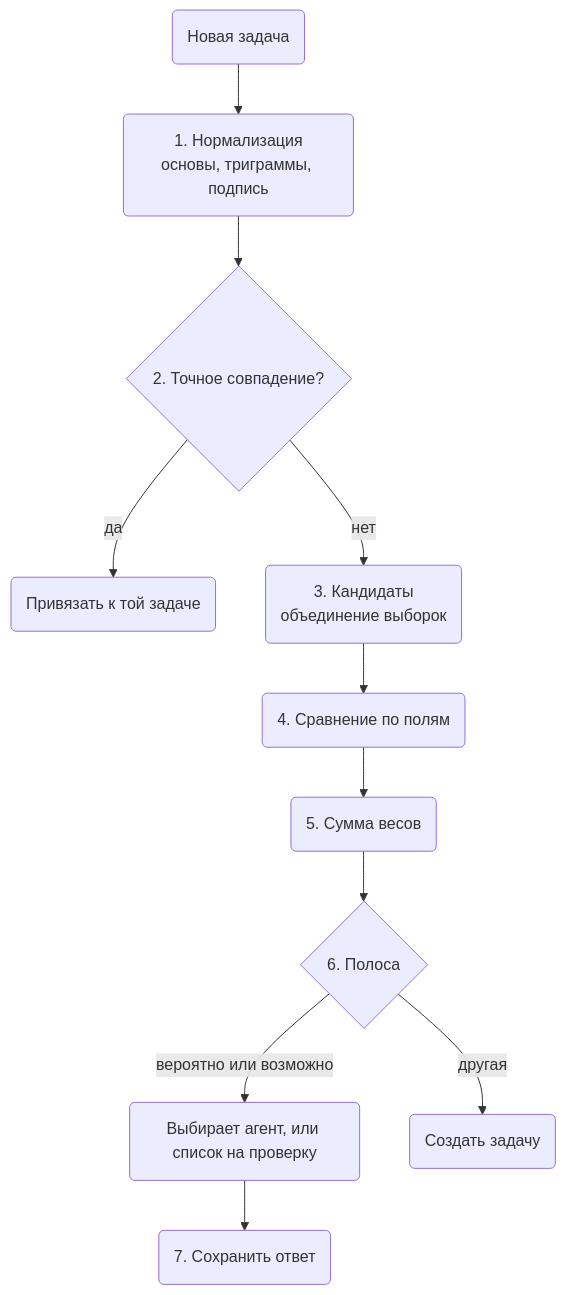
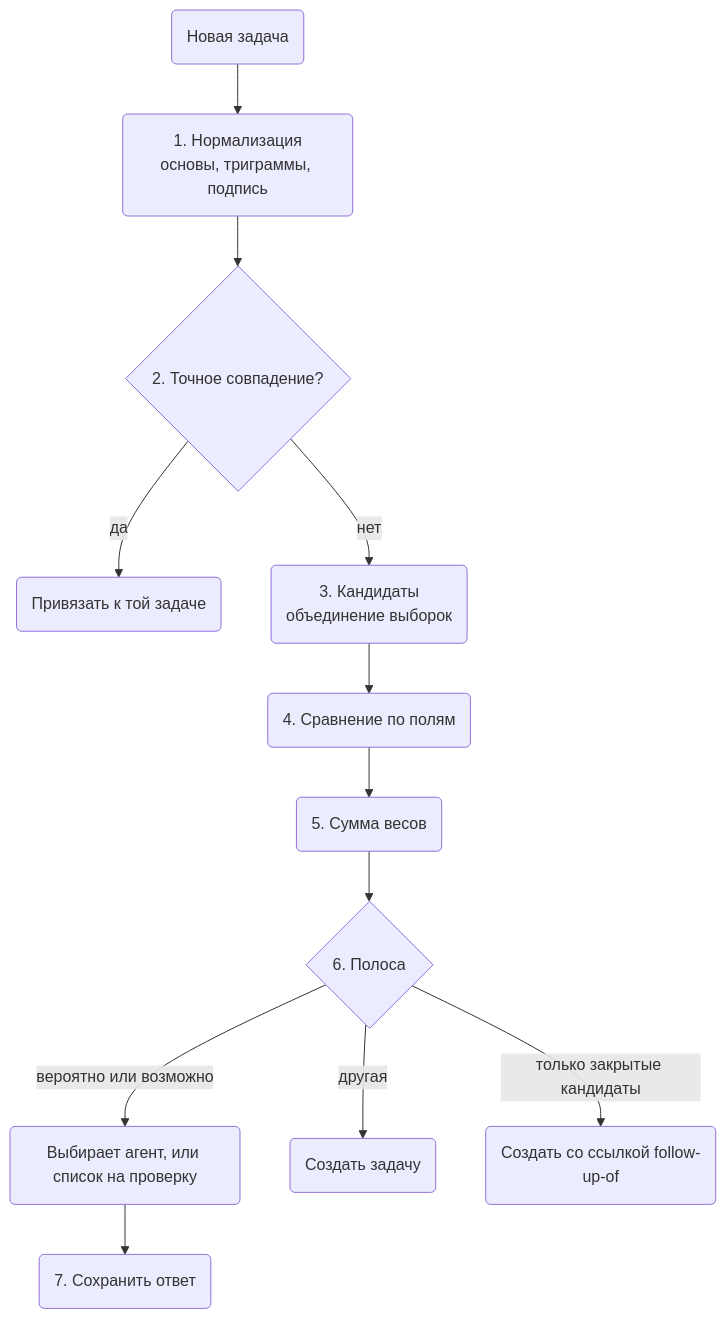
The diagram in content/docs/tasks-architecture.ru.mdx (WireCatLabs/cli-docs), drawn with Mermaid before and after one commit. The commit also changed other lines of this file and 17 other files, not shown here.

````diff
--- a/content/docs/tasks-architecture.ru.mdx
+++ b/content/docs/tasks-architecture.ru.mdx
@@ -136,13 +246,14 @@
 ```mermaid Как новая задача проверяется на дубликаты
 graph TD
   New("Новая задача") --> Norm("1. Нормализация<br>основы, триграммы, подпись")
   Norm --> Certain{"2. Точное совпадение?"}
   Certain -->|"да"| Attach("Привязать к той задаче")
   Certain -->|"нет"| Cand("3. Кандидаты<br>объединение выборок")
   Cand --> Compare("4. Сравнение по полям")
   Compare --> Score("5. Сумма весов")
   Score --> Decide{"6. Полоса"}
   Decide -->|"вероятно или возможно"| Ask("Выбирает агент, или список на проверку")
   Decide -->|"другая"| Create("Создать задачу")
+  Decide -->|"только закрытые кандидаты"| Follow("Создать со ссылкой follow-up-of")
   Ask --> Learn("7. Сохранить ответ")
 ```
````
